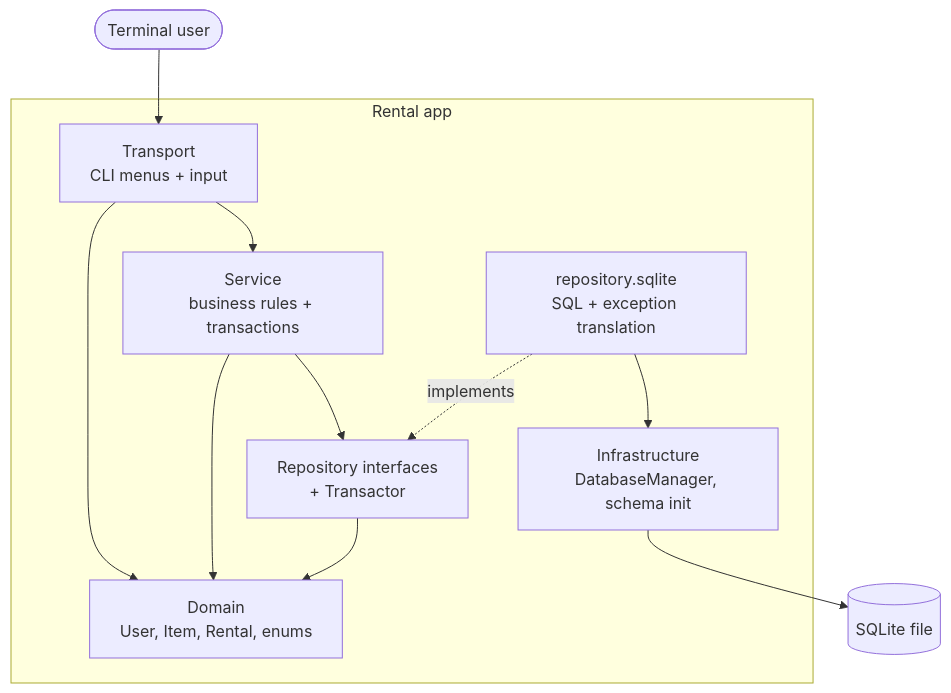
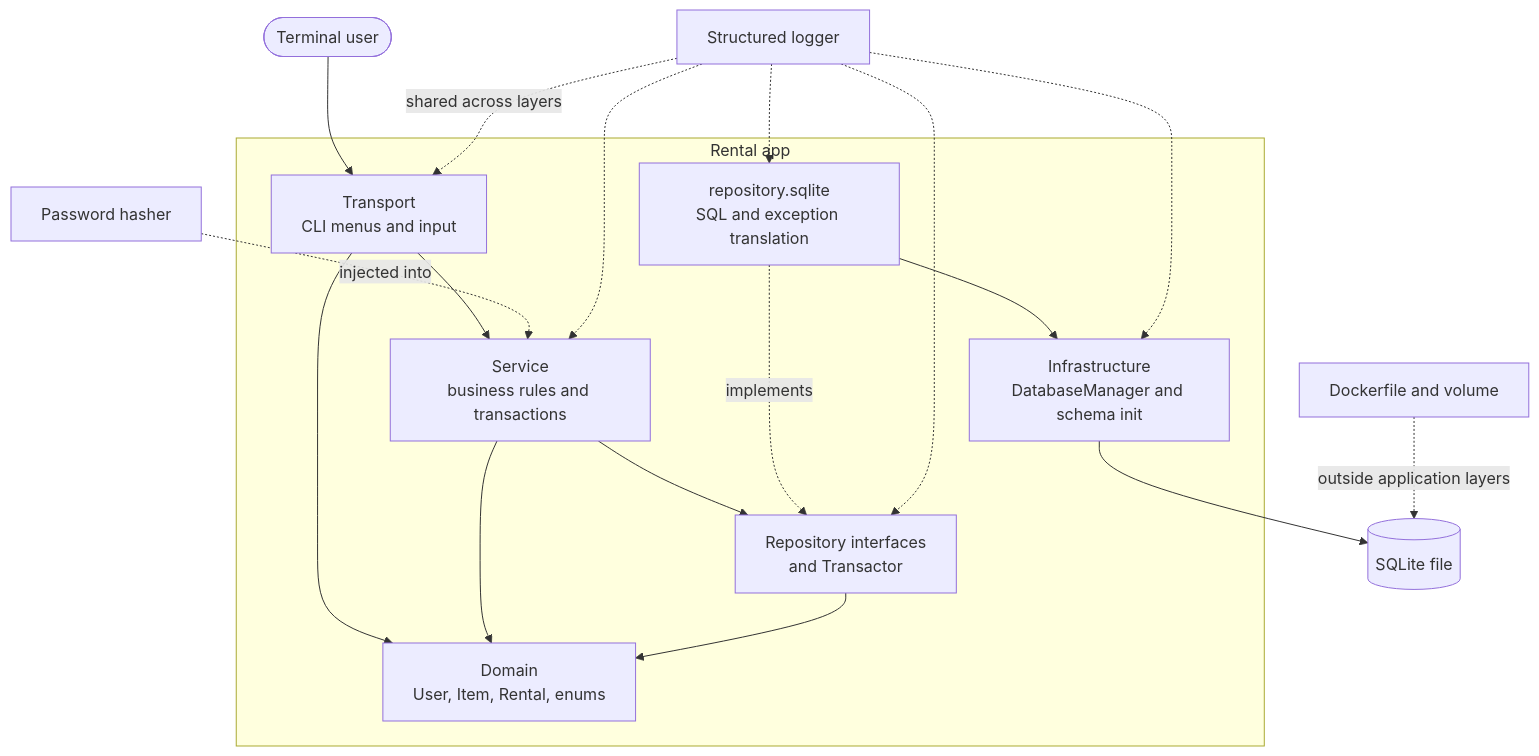
Before and after one commit to mfalme1k0/multi-user-rental-tracker: the first of 2 diagrams in docs/architecture.md, drawn with Mermaid. The commit also changed other lines of this file and 5 other files, not shown here.

````diff
--- a/docs/architecture.md
+++ b/docs/architecture.md
@@ -8,15 +9,27 @@
 ```mermaid
 flowchart TD
     User([Terminal user]) --> T
+
     subgraph App[Rental app]
-        T[Transport<br/>CLI menus + input] --> S[Service<br/>business rules + transactions]
-        S --> R[Repository interfaces<br/>+ Transactor]
-        RS[repository.sqlite<br/>SQL + exception translation] -. implements .-> R
-        RS --> I[Infrastructure<br/>DatabaseManager, schema init]
+        T[Transport<br/>CLI menus and input] --> S[Service<br/>business rules and transactions]
+        S --> R[Repository interfaces<br/>and Transactor]
+        RS[repository.sqlite<br/>SQL and exception translation] -. implements .-> R
+        RS --> I[Infrastructure<br/>DatabaseManager and schema init]
+
         T --> D
         S --> D
         R --> D
         D[Domain<br/>User, Item, Rental, enums]
     end
+
     I --> DB[(SQLite file)]
+
+    PH[Password hasher] -. injected into .-> S
+    L[Structured logger] -. shared across layers .-> T
+    L -.-> S
+    L -.-> R
+    L -.-> RS
+    L -.-> I
+
+    Docker[Dockerfile and volume] -. outside application layers .-> DB
 ```
````
